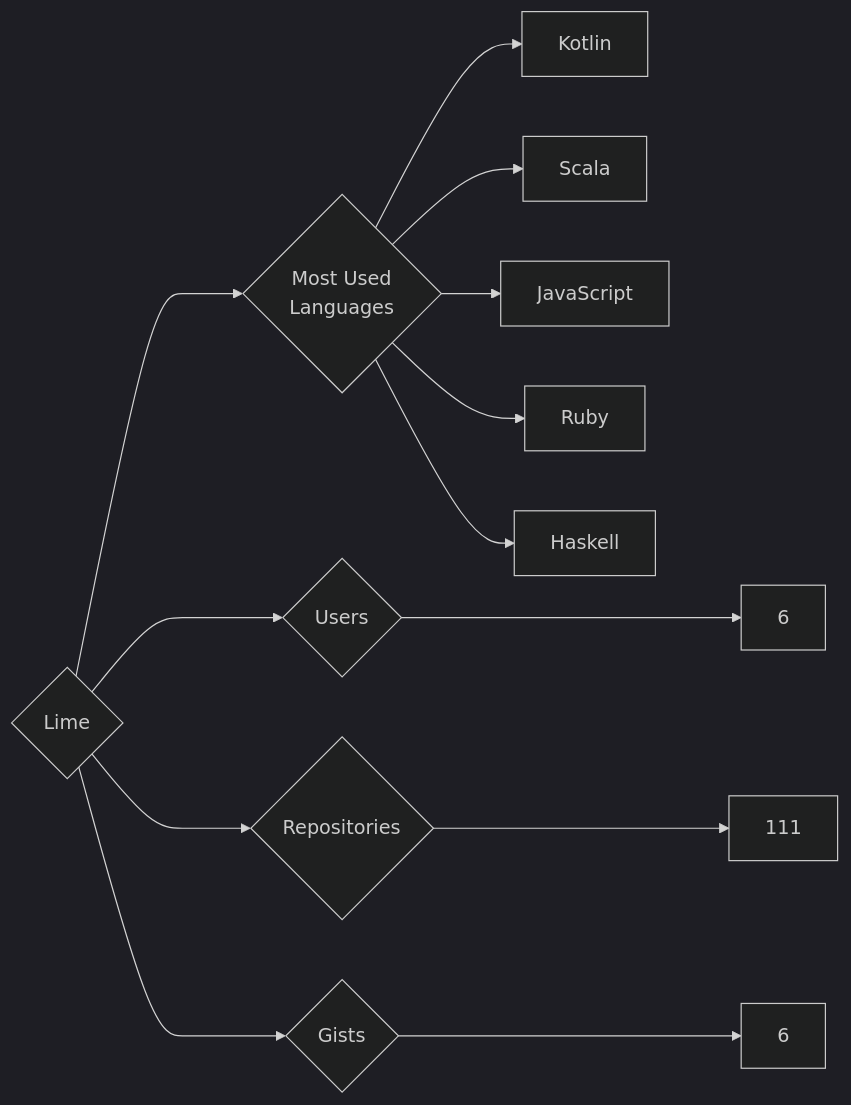
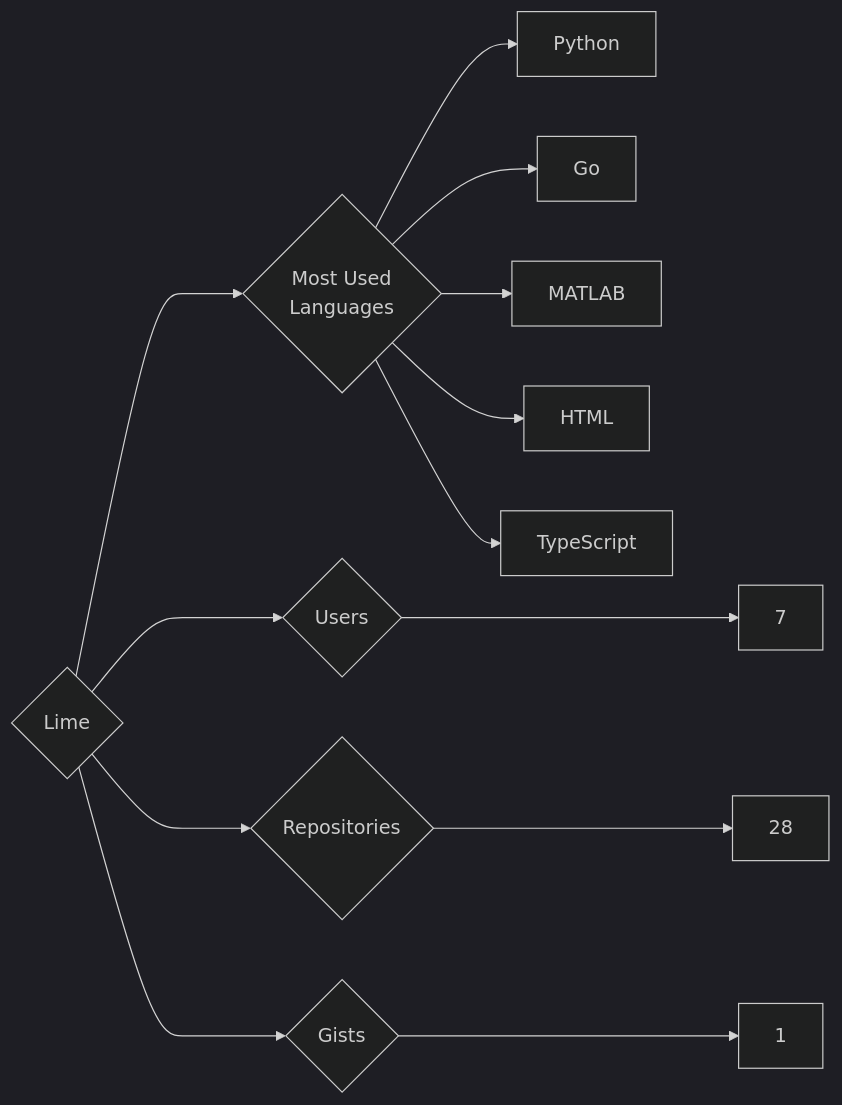
Before and after one commit to trickest/insiders: the diagram in targets/Lime/README.md, drawn with Mermaid (dark theme). The commit also changed 797 other files, not shown here.

````diff
--- a/targets/Lime/README.md
+++ b/targets/Lime/README.md
@@ -3,13 +3,13 @@
 ```mermaid
 graph LR
 COMPANY_NAME{Lime}
-COMPANY_NAME ---> U{Users} ---> UN[6]
-COMPANY_NAME ---> R{Repositories} ---> RN[111]
-COMPANY_NAME ---> G{Gists} ---> GN[6]
+COMPANY_NAME ---> U{Users} ---> UN[7]
+COMPANY_NAME ---> R{Repositories} ---> RN[28]
+COMPANY_NAME ---> G{Gists} ---> GN[1]
 COMPANY_NAME ---> ML{Most Used<br>Languages}
-ML --> Kotlin[Kotlin]
-ML --> Scala[Scala]
-ML --> JavaScript[JavaScript]
-ML --> Ruby[Ruby]
-ML --> Haskell[Haskell]
+ML --> Python[Python]
+ML --> Go[Go]
+ML --> MATLAB[MATLAB]
+ML --> HTML[HTML]
+ML --> TypeScript[TypeScript]
 ```
````
